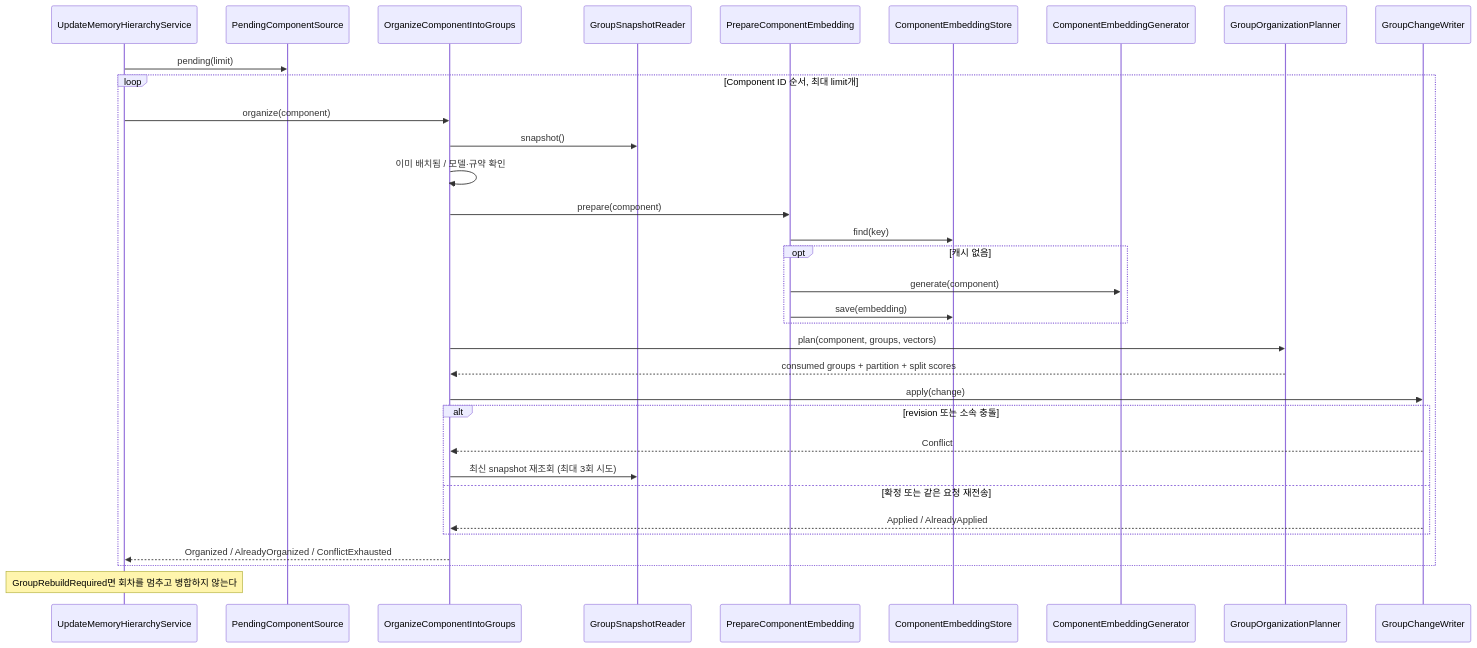
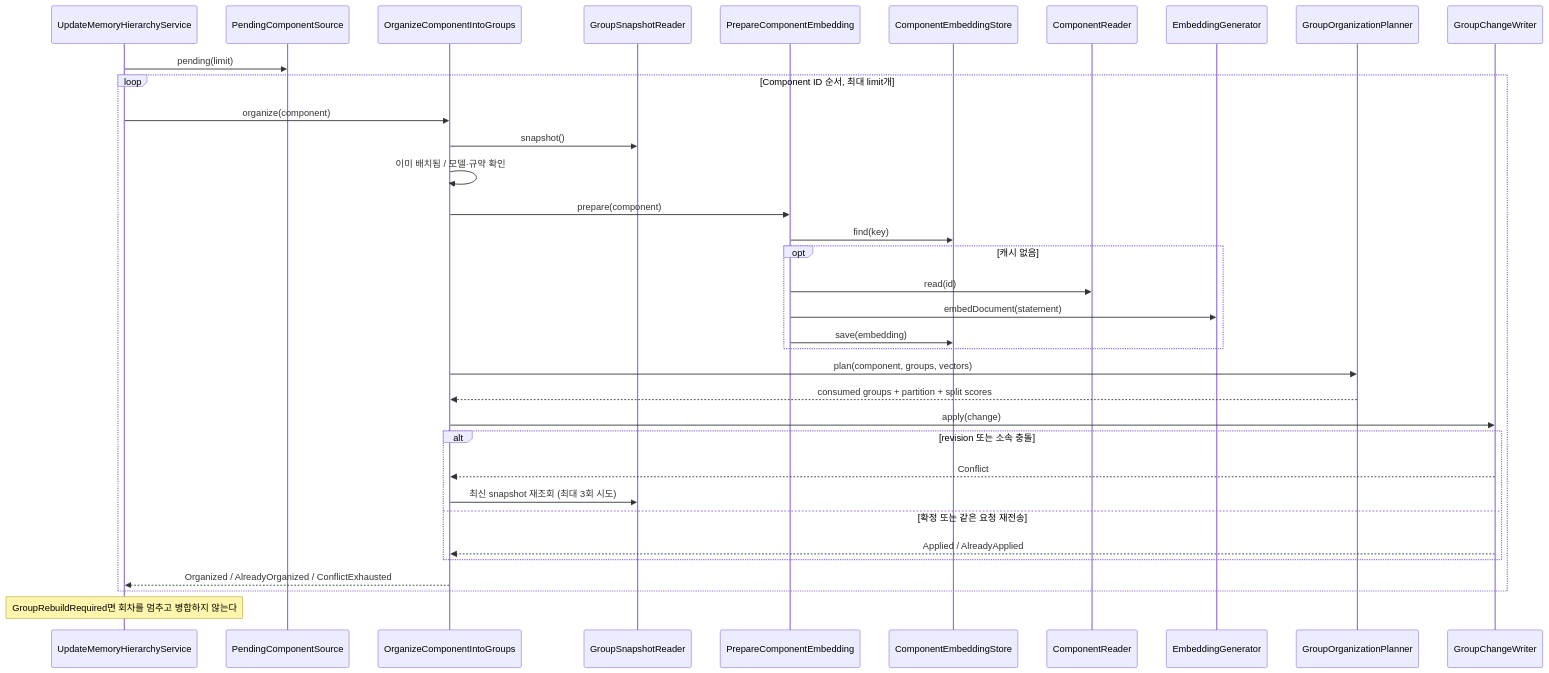
Before and after one commit to magenta1223/home_assistant: the diagram in application/src/main/kotlin/com/homeassistant/application/usecase/memoryextraction/group/README.md, drawn with Mermaid. The commit also changed other lines of this file and 35 other files, not shown here.

Commit message:
refactor: Unify embedding ports into EmbeddingGenerator

````diff
--- a/application/src/main/kotlin/com/homeassistant/application/usecase/memoryextraction/group/README.md
+++ b/application/src/main/kotlin/com/homeassistant/application/usecase/memoryextraction/group/README.md
@@ -14,35 +14,37 @@
 ```mermaid
 sequenceDiagram
     participant Update as UpdateMemoryHierarchyService
     participant Pending as PendingComponentSource
     participant One as OrganizeComponentIntoGroups
     participant Snapshots as GroupSnapshotReader
     participant Embedding as PrepareComponentEmbedding
     participant Cache as ComponentEmbeddingStore
-    participant Generator as ComponentEmbeddingGenerator
+    participant Components as ComponentReader
+    participant Generator as EmbeddingGenerator
     participant Policy as GroupOrganizationPlanner
     participant Writer as GroupChangeWriter
     Update->>Pending: pending(limit)
     loop Component ID 순서, 최대 limit개
         Update->>One: organize(component)
         One->>Snapshots: snapshot()
         One->>One: 이미 배치됨 / 모델·규약 확인
         One->>Embedding: prepare(component)
         Embedding->>Cache: find(key)
         opt 캐시 없음
-            Embedding->>Generator: generate(component)
+            Embedding->>Components: read(id)
+            Embedding->>Generator: embedDocument(statement)
             Embedding->>Cache: save(embedding)
         end
         One->>Policy: plan(component, groups, vectors)
         Policy-->>One: consumed groups + partition + split scores
         One->>Writer: apply(change)
         alt revision 또는 소속 충돌
             Writer-->>One: Conflict
             One->>Snapshots: 최신 snapshot 재조회 (최대 3회 시도)
         else 확정 또는 같은 요청 재전송
             Writer-->>One: Applied / AlreadyApplied
         end
         One-->>Update: Organized / AlreadyOrganized / ConflictExhausted
     end
     Note over Update: GroupRebuildRequired면 회차를 멈추고 병합하지 않는다
 ```
````
